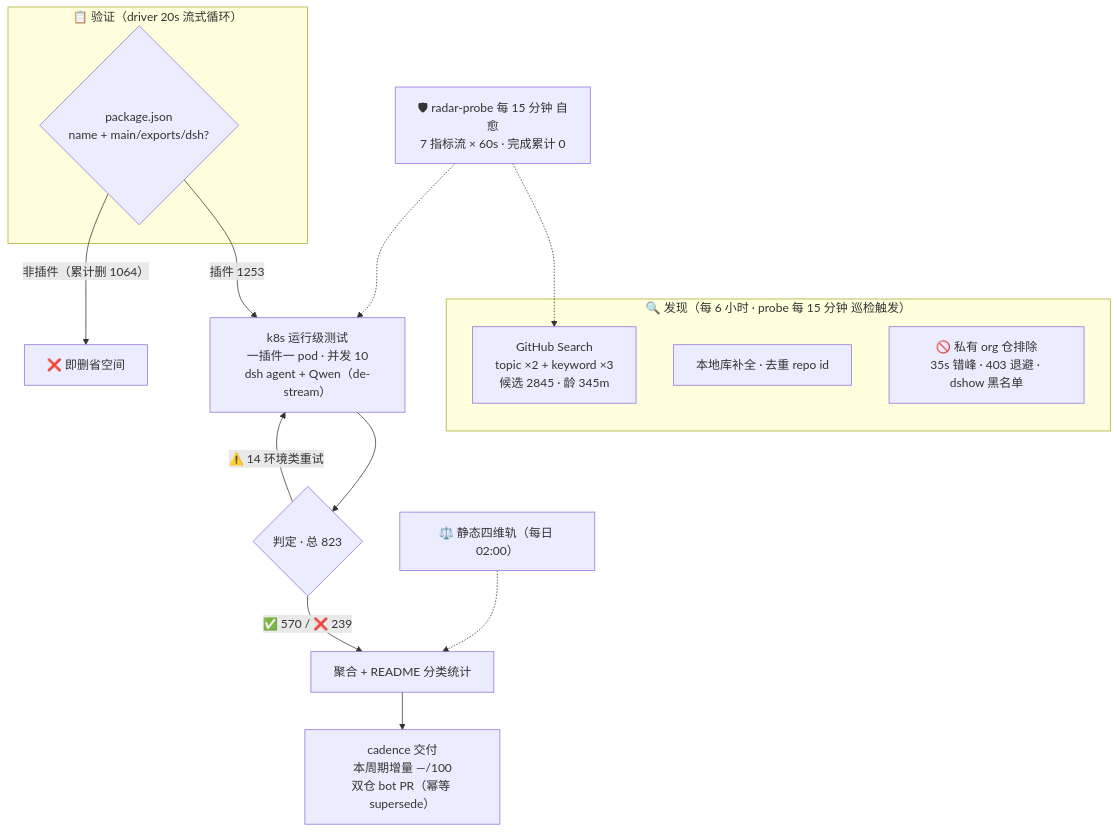
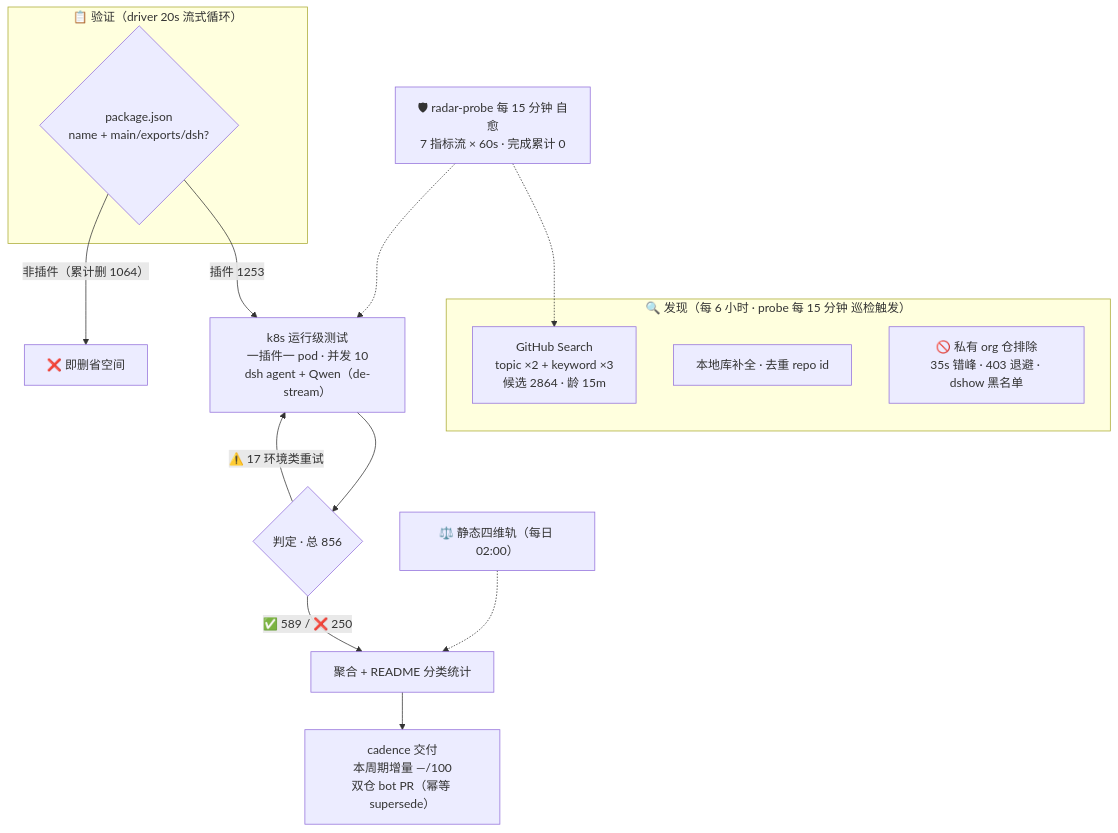
Before and after one commit to Zhidao-Lab-OSS/awesome-dsh-plugins: the diagram in README.md, drawn with Mermaid. The commit also changed other lines of this file and 1 other file, not shown here.

````diff
--- a/README.md
+++ b/README.md
@@ -32,20 +32,20 @@
 ```mermaid
 flowchart TB
     subgraph Discovery["🔍 发现（每 6 小时 · probe 每 15 分钟 巡检触发）"]
-        A1["GitHub Search<br/>topic ×2 + keyword ×3<br/>候选 2845 · 龄 345m"]
+        A1["GitHub Search<br/>topic ×2 + keyword ×3<br/>候选 2864 · 龄 15m"]
         A2["本地库补全 · 去重 repo id"]
         A3["🚫 私有 org 仓排除<br/>35s 错峰 · 403 退避 · dshow 黑名单"]
     end
     subgraph Validation["📋 验证（driver 20s 流式循环）"]
         B1{"package.json<br/>name + main/exports/dsh?"}
     end
     B1 -->|"插件 1253"| C1["k8s 运行级测试<br/>一插件一 pod · 并发 10<br/>dsh agent + Qwen（de-stream）"]
     B1 -->|"非插件（累计删 1064）"| B3["❌ 即删省空间"]
-    C1 --> D1{"判定 · 总 823"}
-    D1 -->|"✅ 570 / ❌ 239"| E1["聚合 + README 分类统计"]
-    D1 -->|"⚠️ 14 环境类重试"| C1
+    C1 --> D1{"判定 · 总 856"}
+    D1 -->|"✅ 589 / ❌ 250"| E1["聚合 + README 分类统计"]
+    D1 -->|"⚠️ 17 环境类重试"| C1
     E1 --> E2["cadence 交付<br/>本周期增量 —/100<br/>双仓 bot PR（幂等 supersede）"]
     S["⚖️ 静态四维轨（每日 02:00）"] -.-> E1
     M["🛡 radar-probe 每 15 分钟 自愈<br/>7 指标流 × 60s · 完成累计 0"] -.-> A1
     M -.-> C1
 ```
````
